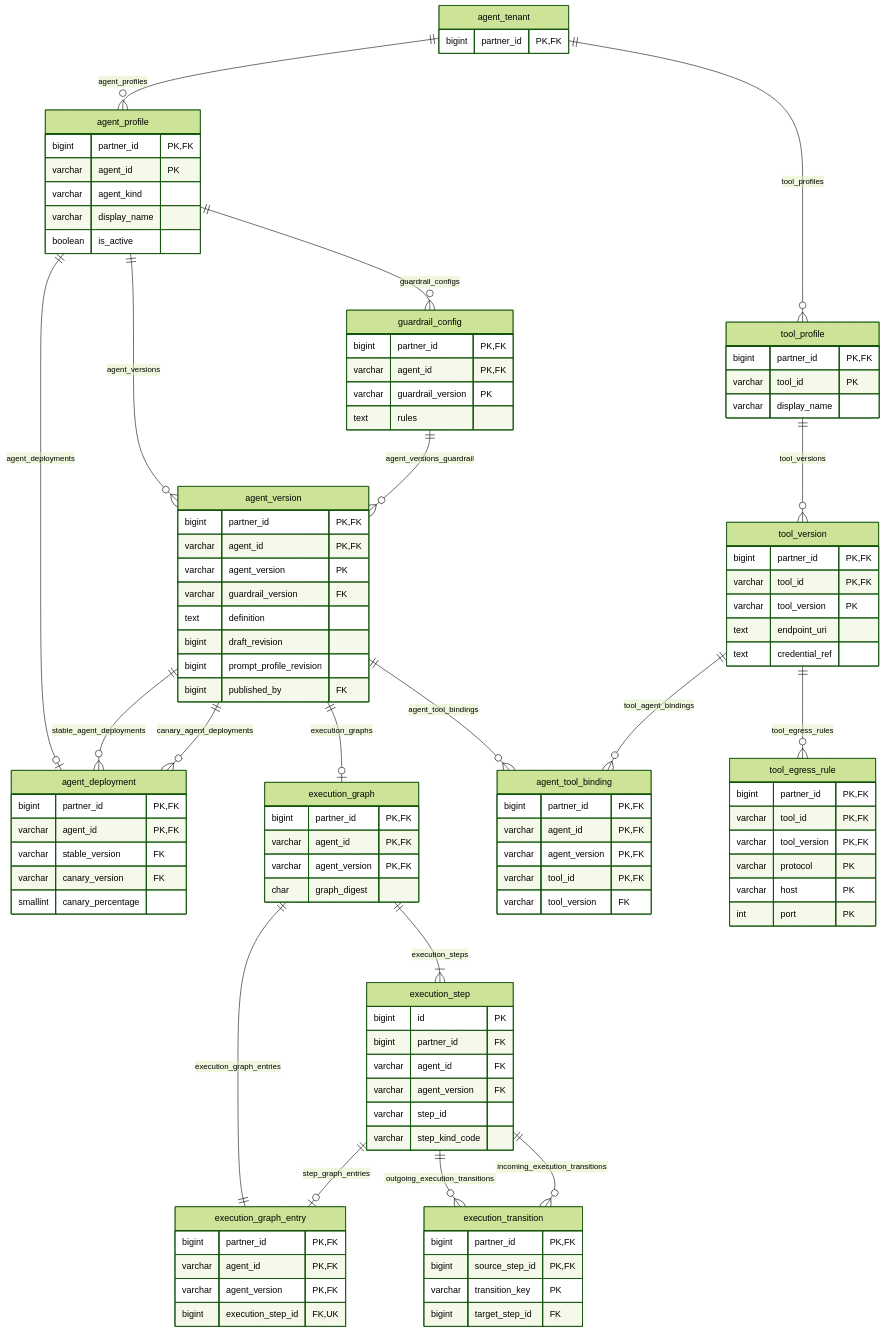
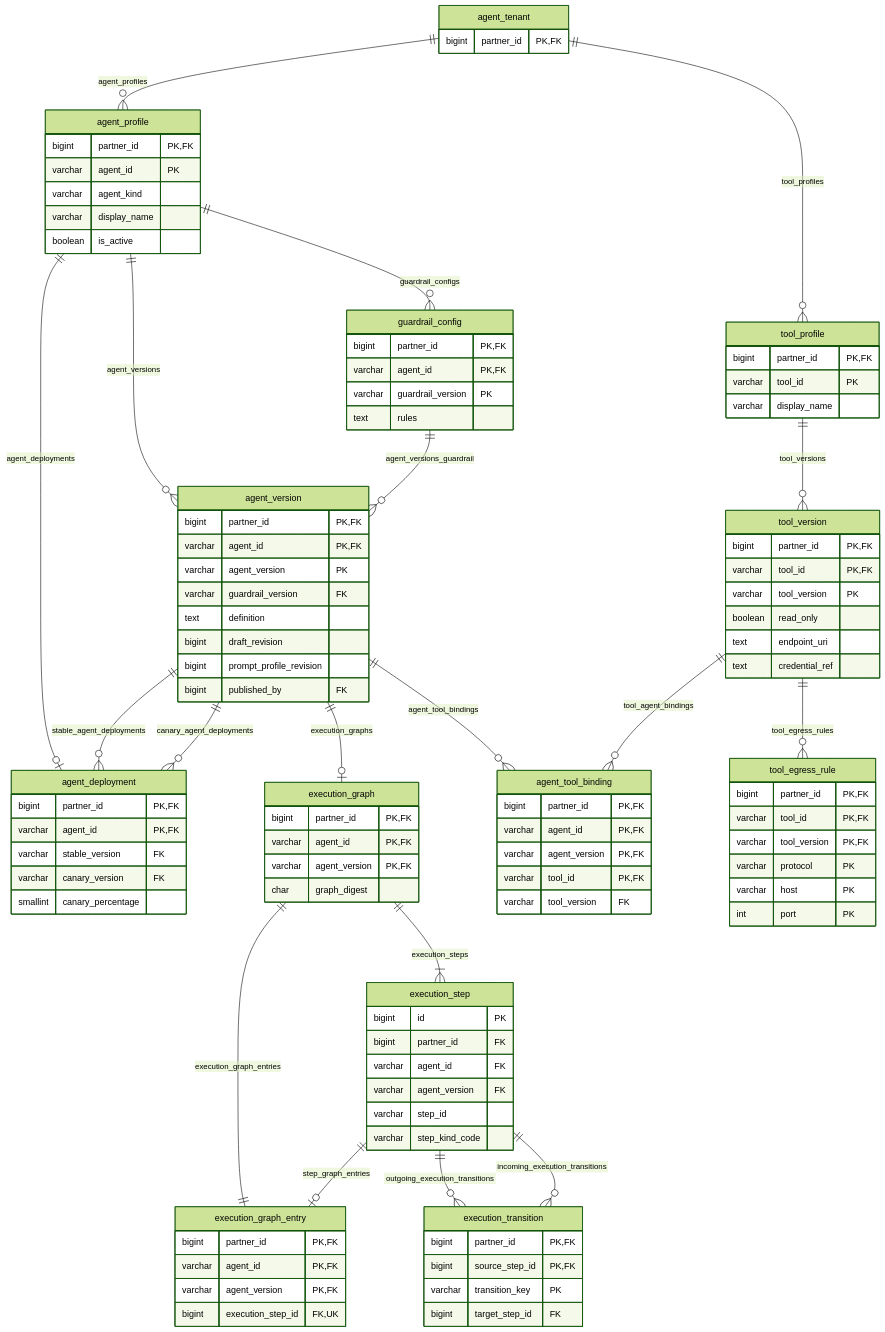
Before and after one commit to nauticana/scout: the fourth of 18 diagrams in doc/database.md, drawn with Mermaid (forest theme). The commit also changed other lines of this file and 119 other files, not shown here.

```diff
--- a/doc/database.md
+++ b/doc/database.md
@@ -569,6 +571,7 @@
         bigint partner_id PK,FK
         varchar tool_id PK,FK
         varchar tool_version PK
+        boolean read_only
         text endpoint_uri
         text credential_ref
     }
```
